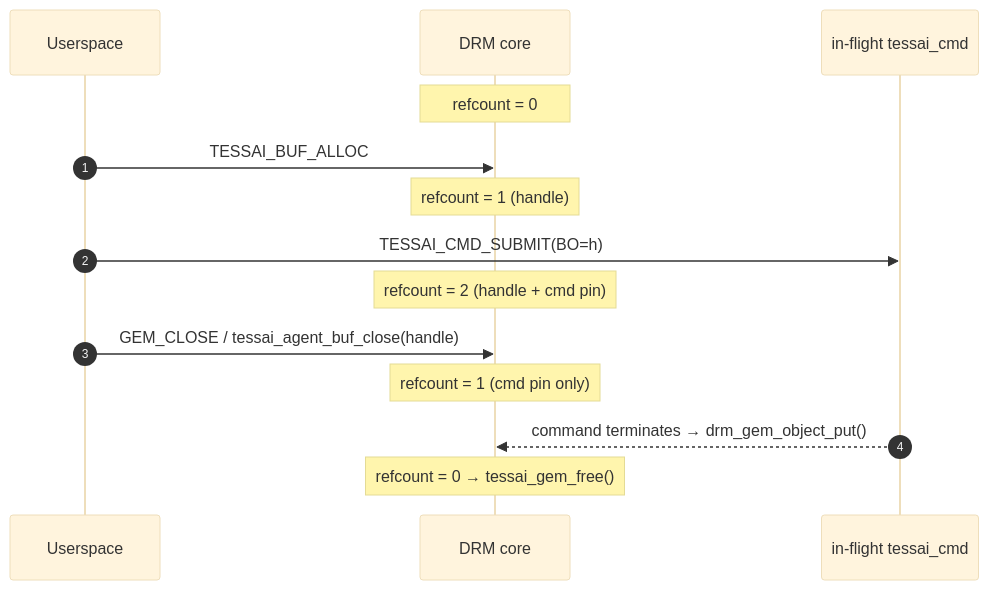
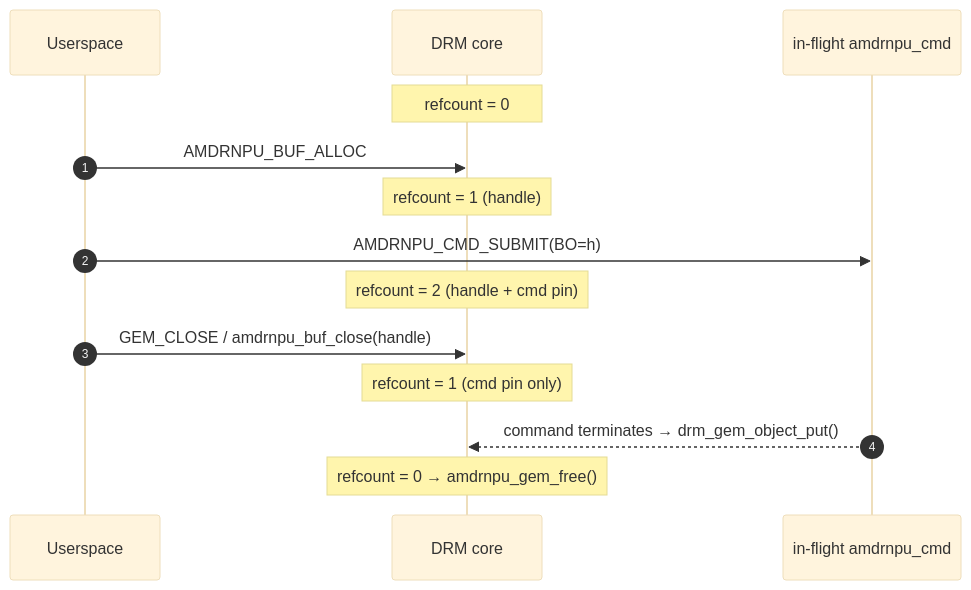
One commit to Xilinx/amdrnpu changed the second of 6 diagrams in docs/buffer-management.md. Above: the diagram before and after it, drawn with Mermaid (base theme). The commit also changed other lines of this file and 107 other files, not shown here.

Commit message:
Change all tessai references to amdrnpu

````diff
--- a/docs/buffer-management.md
+++ b/docs/buffer-management.md
@@ -58,20 +58,20 @@
 ```mermaid
 sequenceDiagram
     autonumber
     participant U as Userspace
     participant CORE as DRM core
-    participant CMD as in-flight tessai_cmd
+    participant CMD as in-flight amdrnpu_cmd
     Note over CORE: refcount = 0
 
-    U->>CORE: TESSAI_BUF_ALLOC
+    U->>CORE: AMDRNPU_BUF_ALLOC
     Note over CORE: refcount = 1 (handle)
 
-    U->>CMD: TESSAI_CMD_SUBMIT(BO=h)
+    U->>CMD: AMDRNPU_CMD_SUBMIT(BO=h)
     Note over CORE: refcount = 2 (handle + cmd pin)
 
-    U->>CORE: GEM_CLOSE / tessai_agent_buf_close(handle)
+    U->>CORE: GEM_CLOSE / amdrnpu_buf_close(handle)
     Note over CORE: refcount = 1 (cmd pin only)
 
     CMD-->>CORE: command terminates → drm_gem_object_put()
-    Note over CORE: refcount = 0 → tessai_gem_free()
+    Note over CORE: refcount = 0 → amdrnpu_gem_free()
 ```
````
